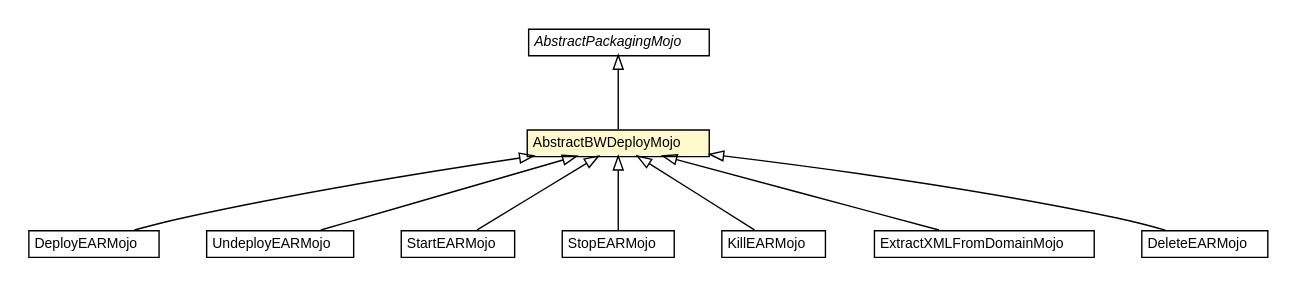
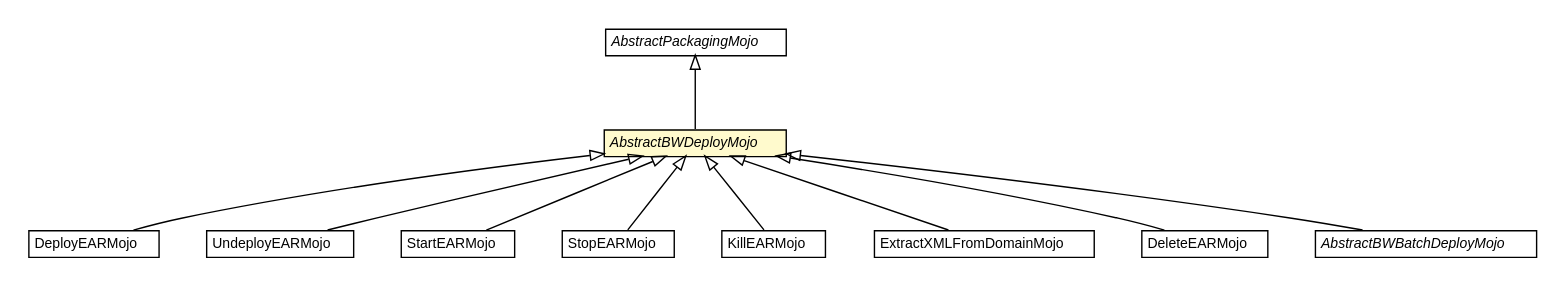
Before and after one commit to fastconnect/tibco-factory: the diagram in snapshot/bw-maven-plugin/apidocs/fr/fastconnect/factory/tibco/bw/maven/deployment/AbstractBWDeployMojo.dot, drawn with Graphviz. The commit also changed 335 other files, not shown here.

```diff
--- a/snapshot/bw-maven-plugin/apidocs/fr/fastconnect/factory/tibco/bw/maven/deployment/AbstractBWDeployMojo.dot
+++ b/snapshot/bw-maven-plugin/apidocs/fr/fastconnect/factory/tibco/bw/maven/deployment/AbstractBWDeployMojo.dot
@@ -1,82 +1,90 @@
 #!/usr/local/bin/dot
 #
 # Class diagram 
 # Generated by UMLGraph version R5_6-24-gf6e263 (http://www.umlgraph.org/)
 #
 
 digraph G {
 	edge [fontname="Helvetica",fontsize=10,labelfontname="Helvetica",labelfontsize=10];
 	node [fontname="Helvetica",fontsize=10,shape=plaintext];
 	nodesep=0.25;
 	ranksep=0.5;
 	// fr.fastconnect.factory.tibco.bw.maven.packaging.AbstractPackagingMojo
-	c680 [label=<<table title="fr.fastconnect.factory.tibco.bw.maven.packaging.AbstractPackagingMojo" border="0" cellborder="1" cellspacing="0" cellpadding="2" port="p" href="../packaging/AbstractPackagingMojo.html">
+	c849 [label=<<table title="fr.fastconnect.factory.tibco.bw.maven.packaging.AbstractPackagingMojo" border="0" cellborder="1" cellspacing="0" cellpadding="2" port="p" href="../packaging/AbstractPackagingMojo.html">
 		<tr><td><table border="0" cellspacing="0" cellpadding="1">
 <tr><td align="center" balign="center"><font face="Helvetica-Oblique"> AbstractPackagingMojo </font></td></tr>
 		</table></td></tr>
 		</table>>, URL="../packaging/AbstractPackagingMojo.html", fontname="Helvetica", fontcolor="black", fontsize=10.0];
 	// fr.fastconnect.factory.tibco.bw.maven.deployment.DeployEARMojo
-	c689 [label=<<table title="fr.fastconnect.factory.tibco.bw.maven.deployment.DeployEARMojo" border="0" cellborder="1" cellspacing="0" cellpadding="2" port="p" href="./DeployEARMojo.html">
+	c858 [label=<<table title="fr.fastconnect.factory.tibco.bw.maven.deployment.DeployEARMojo" border="0" cellborder="1" cellspacing="0" cellpadding="2" port="p" href="./DeployEARMojo.html">
 		<tr><td><table border="0" cellspacing="0" cellpadding="1">
 <tr><td align="center" balign="center"> DeployEARMojo </td></tr>
 		</table></td></tr>
 		</table>>, URL="./DeployEARMojo.html", fontname="Helvetica", fontcolor="black", fontsize=10.0];
 	// fr.fastconnect.factory.tibco.bw.maven.deployment.UndeployEARMojo
-	c690 [label=<<table title="fr.fastconnect.factory.tibco.bw.maven.deployment.UndeployEARMojo" border="0" cellborder="1" cellspacing="0" cellpadding="2" port="p" href="./UndeployEARMojo.html">
+	c859 [label=<<table title="fr.fastconnect.factory.tibco.bw.maven.deployment.UndeployEARMojo" border="0" cellborder="1" cellspacing="0" cellpadding="2" port="p" href="./UndeployEARMojo.html">
 		<tr><td><table border="0" cellspacing="0" cellpadding="1">
 <tr><td align="center" balign="center"> UndeployEARMojo </td></tr>
 		</table></td></tr>
 		</table>>, URL="./UndeployEARMojo.html", fontname="Helvetica", fontcolor="black", fontsize=10.0];
 	// fr.fastconnect.factory.tibco.bw.maven.deployment.StartEARMojo
-	c691 [label=<<table title="fr.fastconnect.factory.tibco.bw.maven.deployment.StartEARMojo" border="0" cellborder="1" cellspacing="0" cellpadding="2" port="p" href="./StartEARMojo.html">
+	c860 [label=<<table title="fr.fastconnect.factory.tibco.bw.maven.deployment.StartEARMojo" border="0" cellborder="1" cellspacing="0" cellpadding="2" port="p" href="./StartEARMojo.html">
 		<tr><td><table border="0" cellspacing="0" cellpadding="1">
 <tr><td align="center" balign="center"> StartEARMojo </td></tr>
 		</table></td></tr>
 		</table>>, URL="./StartEARMojo.html", fontname="Helvetica", fontcolor="black", fontsize=10.0];
 	// fr.fastconnect.factory.tibco.bw.maven.deployment.StopEARMojo
-	c692 [label=<<table title="fr.fastconnect.factory.tibco.bw.maven.deployment.StopEARMojo" border="0" cellborder="1" cellspacing="0" cellpadding="2" port="p" href="./StopEARMojo.html">
+	c861 [label=<<table title="fr.fastconnect.factory.tibco.bw.maven.deployment.StopEARMojo" border="0" cellborder="1" cellspacing="0" cellpadding="2" port="p" href="./StopEARMojo.html">
 		<tr><td><table border="0" cellspacing="0" cellpadding="1">
 <tr><td align="center" balign="center"> StopEARMojo </td></tr>
 		</table></td></tr>
 		</table>>, URL="./StopEARMojo.html", fontname="Helvetica", fontcolor="black", fontsize=10.0];
 	// fr.fastconnect.factory.tibco.bw.maven.deployment.KillEARMojo
-	c693 [label=<<table title="fr.fastconnect.factory.tibco.bw.maven.deployment.KillEARMojo" border="0" cellborder="1" cellspacing="0" cellpadding="2" port="p" href="./KillEARMojo.html">
+	c862 [label=<<table title="fr.fastconnect.factory.tibco.bw.maven.deployment.KillEARMojo" border="0" cellborder="1" cellspacing="0" cellpadding="2" port="p" href="./KillEARMojo.html">
 		<tr><td><table border="0" cellspacing="0" cellpadding="1">
 <tr><td align="center" balign="center"> KillEARMojo </td></tr>
 		</table></td></tr>
 		</table>>, URL="./KillEARMojo.html", fontname="Helvetica", fontcolor="black", fontsize=10.0];
 	// fr.fastconnect.factory.tibco.bw.maven.deployment.ExtractXMLFromDomainMojo
-	c694 [label=<<table title="fr.fastconnect.factory.tibco.bw.maven.deployment.ExtractXMLFromDomainMojo" border="0" cellborder="1" cellspacing="0" cellpadding="2" port="p" href="./ExtractXMLFromDomainMojo.html">
+	c863 [label=<<table title="fr.fastconnect.factory.tibco.bw.maven.deployment.ExtractXMLFromDomainMojo" border="0" cellborder="1" cellspacing="0" cellpadding="2" port="p" href="./ExtractXMLFromDomainMojo.html">
 		<tr><td><table border="0" cellspacing="0" cellpadding="1">
 <tr><td align="center" balign="center"> ExtractXMLFromDomainMojo </td></tr>
 		</table></td></tr>
 		</table>>, URL="./ExtractXMLFromDomainMojo.html", fontname="Helvetica", fontcolor="black", fontsize=10.0];
 	// fr.fastconnect.factory.tibco.bw.maven.deployment.DeleteEARMojo
-	c695 [label=<<table title="fr.fastconnect.factory.tibco.bw.maven.deployment.DeleteEARMojo" border="0" cellborder="1" cellspacing="0" cellpadding="2" port="p" href="./DeleteEARMojo.html">
+	c864 [label=<<table title="fr.fastconnect.factory.tibco.bw.maven.deployment.DeleteEARMojo" border="0" cellborder="1" cellspacing="0" cellpadding="2" port="p" href="./DeleteEARMojo.html">
 		<tr><td><table border="0" cellspacing="0" cellpadding="1">
 <tr><td align="center" balign="center"> DeleteEARMojo </td></tr>
 		</table></td></tr>
 		</table>>, URL="./DeleteEARMojo.html", fontname="Helvetica", fontcolor="black", fontsize=10.0];
 	// fr.fastconnect.factory.tibco.bw.maven.deployment.AbstractBWDeployMojo
-	c696 [label=<<table title="fr.fastconnect.factory.tibco.bw.maven.deployment.AbstractBWDeployMojo" border="0" cellborder="1" cellspacing="0" cellpadding="2" port="p" bgcolor="lemonChiffon" href="./AbstractBWDeployMojo.html">
+	c865 [label=<<table title="fr.fastconnect.factory.tibco.bw.maven.deployment.AbstractBWDeployMojo" border="0" cellborder="1" cellspacing="0" cellpadding="2" port="p" bgcolor="lemonChiffon" href="./AbstractBWDeployMojo.html">
 		<tr><td><table border="0" cellspacing="0" cellpadding="1">
-<tr><td align="center" balign="center"> AbstractBWDeployMojo </td></tr>
+<tr><td align="center" balign="center"><font face="Helvetica-Oblique"> AbstractBWDeployMojo </font></td></tr>
 		</table></td></tr>
 		</table>>, URL="./AbstractBWDeployMojo.html", fontname="Helvetica", fontcolor="black", fontsize=10.0];
+	// fr.fastconnect.factory.tibco.bw.maven.deployment.batch.AbstractBWBatchDeployMojo
+	c871 [label=<<table title="fr.fastconnect.factory.tibco.bw.maven.deployment.batch.AbstractBWBatchDeployMojo" border="0" cellborder="1" cellspacing="0" cellpadding="2" port="p" href="./batch/AbstractBWBatchDeployMojo.html">
+		<tr><td><table border="0" cellspacing="0" cellpadding="1">
+<tr><td align="center" balign="center"><font face="Helvetica-Oblique"> AbstractBWBatchDeployMojo </font></td></tr>
+		</table></td></tr>
+		</table>>, URL="./batch/AbstractBWBatchDeployMojo.html", fontname="Helvetica", fontcolor="black", fontsize=10.0];
 	//fr.fastconnect.factory.tibco.bw.maven.deployment.DeployEARMojo extends fr.fastconnect.factory.tibco.bw.maven.deployment.AbstractBWDeployMojo
-	c696:p -> c689:p [dir=back,arrowtail=empty];
+	c865:p -> c858:p [dir=back,arrowtail=empty];
 	//fr.fastconnect.factory.tibco.bw.maven.deployment.UndeployEARMojo extends fr.fastconnect.factory.tibco.bw.maven.deployment.AbstractBWDeployMojo
-	c696:p -> c690:p [dir=back,arrowtail=empty];
+	c865:p -> c859:p [dir=back,arrowtail=empty];
 	//fr.fastconnect.factory.tibco.bw.maven.deployment.StartEARMojo extends fr.fastconnect.factory.tibco.bw.maven.deployment.AbstractBWDeployMojo
-	c696:p -> c691:p [dir=back,arrowtail=empty];
+	c865:p -> c860:p [dir=back,arrowtail=empty];
 	//fr.fastconnect.factory.tibco.bw.maven.deployment.StopEARMojo extends fr.fastconnect.factory.tibco.bw.maven.deployment.AbstractBWDeployMojo
-	c696:p -> c692:p [dir=back,arrowtail=empty];
+	c865:p -> c861:p [dir=back,arrowtail=empty];
 	//fr.fastconnect.factory.tibco.bw.maven.deployment.KillEARMojo extends fr.fastconnect.factory.tibco.bw.maven.deployment.AbstractBWDeployMojo
-	c696:p -> c693:p [dir=back,arrowtail=empty];
+	c865:p -> c862:p [dir=back,arrowtail=empty];
 	//fr.fastconnect.factory.tibco.bw.maven.deployment.ExtractXMLFromDomainMojo extends fr.fastconnect.factory.tibco.bw.maven.deployment.AbstractBWDeployMojo
-	c696:p -> c694:p [dir=back,arrowtail=empty];
+	c865:p -> c863:p [dir=back,arrowtail=empty];
 	//fr.fastconnect.factory.tibco.bw.maven.deployment.DeleteEARMojo extends fr.fastconnect.factory.tibco.bw.maven.deployment.AbstractBWDeployMojo
-	c696:p -> c695:p [dir=back,arrowtail=empty];
+	c865:p -> c864:p [dir=back,arrowtail=empty];
 	//fr.fastconnect.factory.tibco.bw.maven.deployment.AbstractBWDeployMojo extends fr.fastconnect.factory.tibco.bw.maven.packaging.AbstractPackagingMojo
-	c680:p -> c696:p [dir=back,arrowtail=empty];
+	c849:p -> c865:p [dir=back,arrowtail=empty];
+	//fr.fastconnect.factory.tibco.bw.maven.deployment.batch.AbstractBWBatchDeployMojo extends fr.fastconnect.factory.tibco.bw.maven.deployment.AbstractBWDeployMojo
+	c865:p -> c871:p [dir=back,arrowtail=empty];
 }
```
